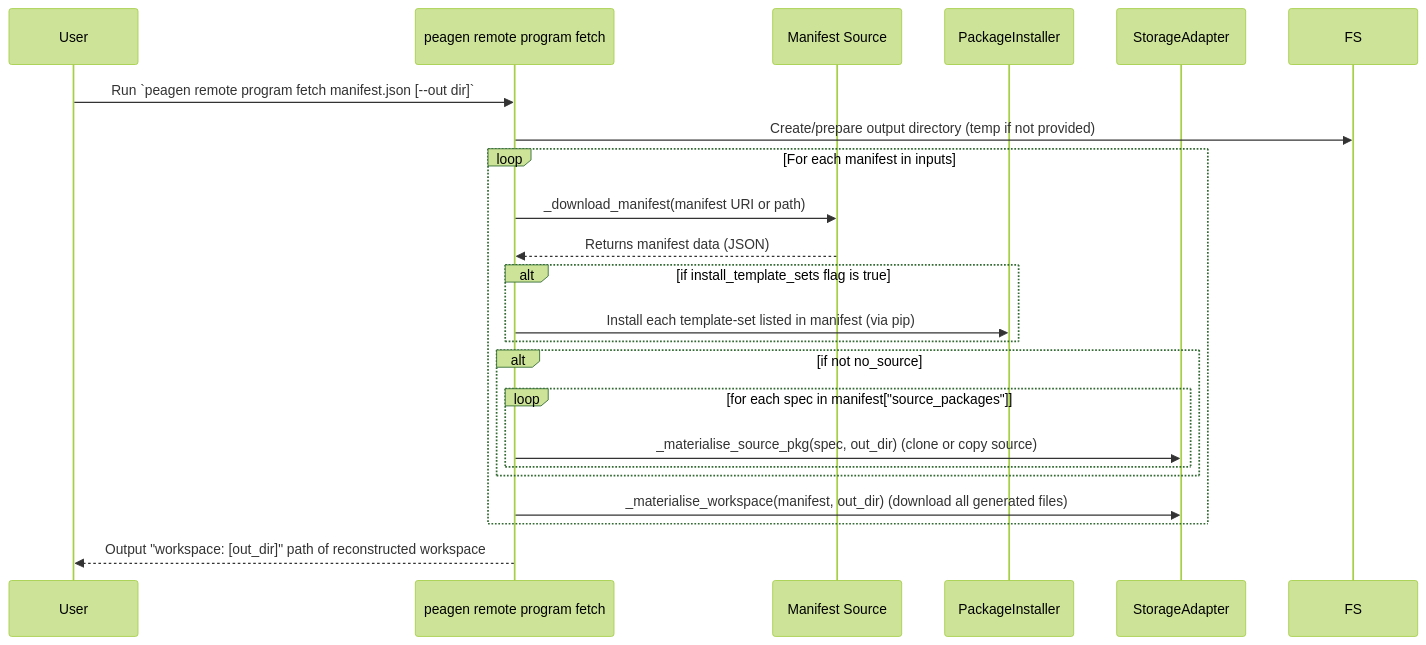
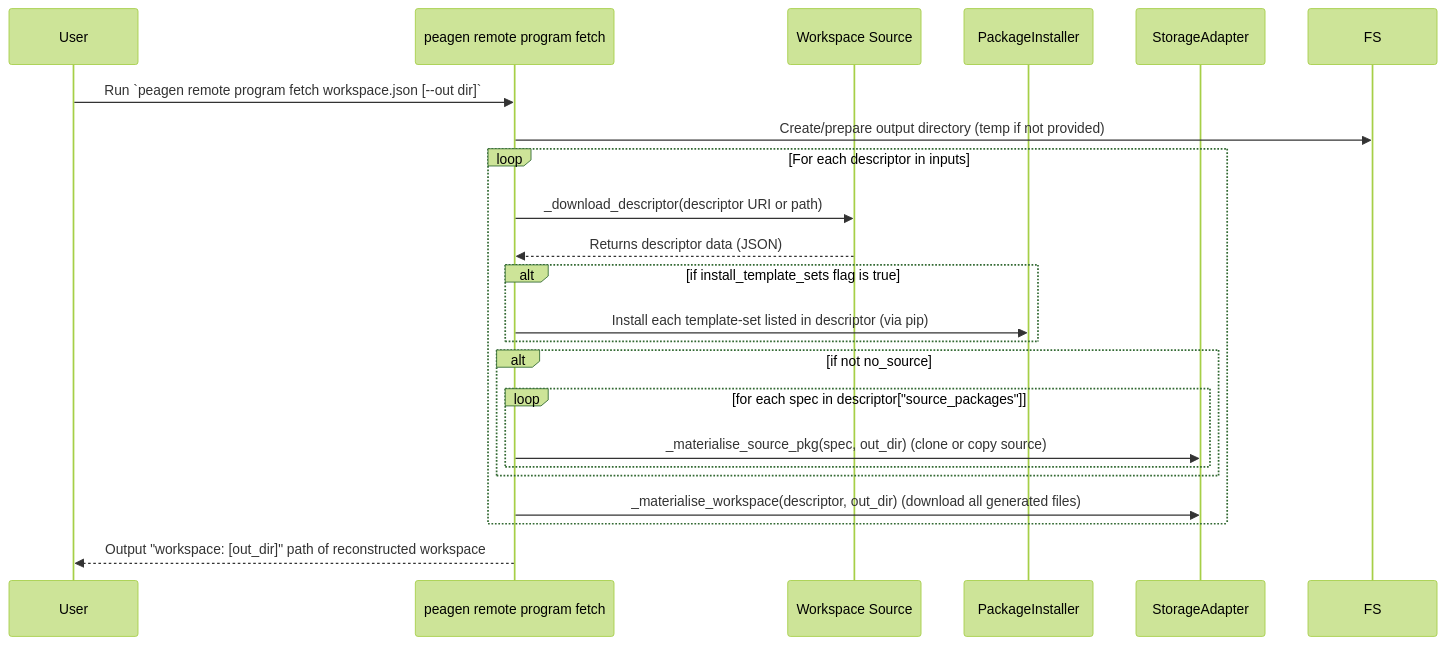
The diagram in pkgs/standards/peagen/docs/call_flows/peagen_program_fetch_remote.mmd (swarmauri/swarmauri-sdk), drawn with Mermaid (forest theme) before and after one commit. The commit also changed 35 other files, not shown here.

```diff
--- a/pkgs/standards/peagen/docs/call_flows/peagen_program_fetch_remote.mmd
+++ b/pkgs/standards/peagen/docs/call_flows/peagen_program_fetch_remote.mmd
@@ -1,22 +1,22 @@
 sequenceDiagram
     participant User
     participant CLI as peagen remote program fetch
-    participant Net as Manifest Source
+    participant Net as Workspace Source
     participant Pip as PackageInstaller
     participant Adapter as StorageAdapter
-    User ->> CLI: Run `peagen remote program fetch manifest.json [--out dir]`
+    User ->> CLI: Run `peagen remote program fetch workspace.json [--out dir]`
     CLI ->> FS: Create/prepare output directory (temp if not provided)
-    loop For each manifest in inputs
-        CLI ->> Net: _download_manifest(manifest URI or path)
-        Net -->> CLI: Returns manifest data (JSON)
+    loop For each descriptor in inputs
+        CLI ->> Net: _download_descriptor(descriptor URI or path)
+        Net -->> CLI: Returns descriptor data (JSON)
         alt if install_template_sets flag is true
-            CLI ->> Pip: Install each template-set listed in manifest (via pip)
+            CLI ->> Pip: Install each template-set listed in descriptor (via pip)
         end
         alt if not no_source
-            loop for each spec in manifest["source_packages"]
+            loop for each spec in descriptor["source_packages"]
                 CLI ->> Adapter: _materialise_source_pkg(spec, out_dir) (clone or copy source)
             end
         end
-        CLI ->> Adapter: _materialise_workspace(manifest, out_dir) (download all generated files)
+        CLI ->> Adapter: _materialise_workspace(descriptor, out_dir) (download all generated files)
     end
     CLI -->> User: Output "workspace: [out_dir]" path of reconstructed workspace
```
